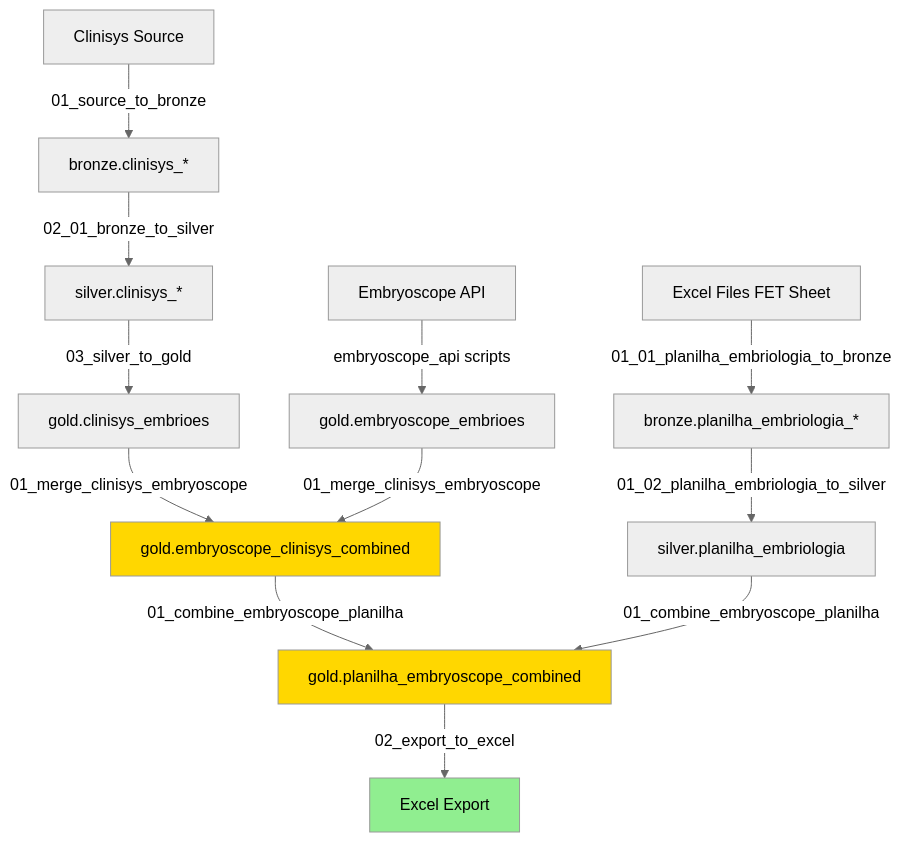
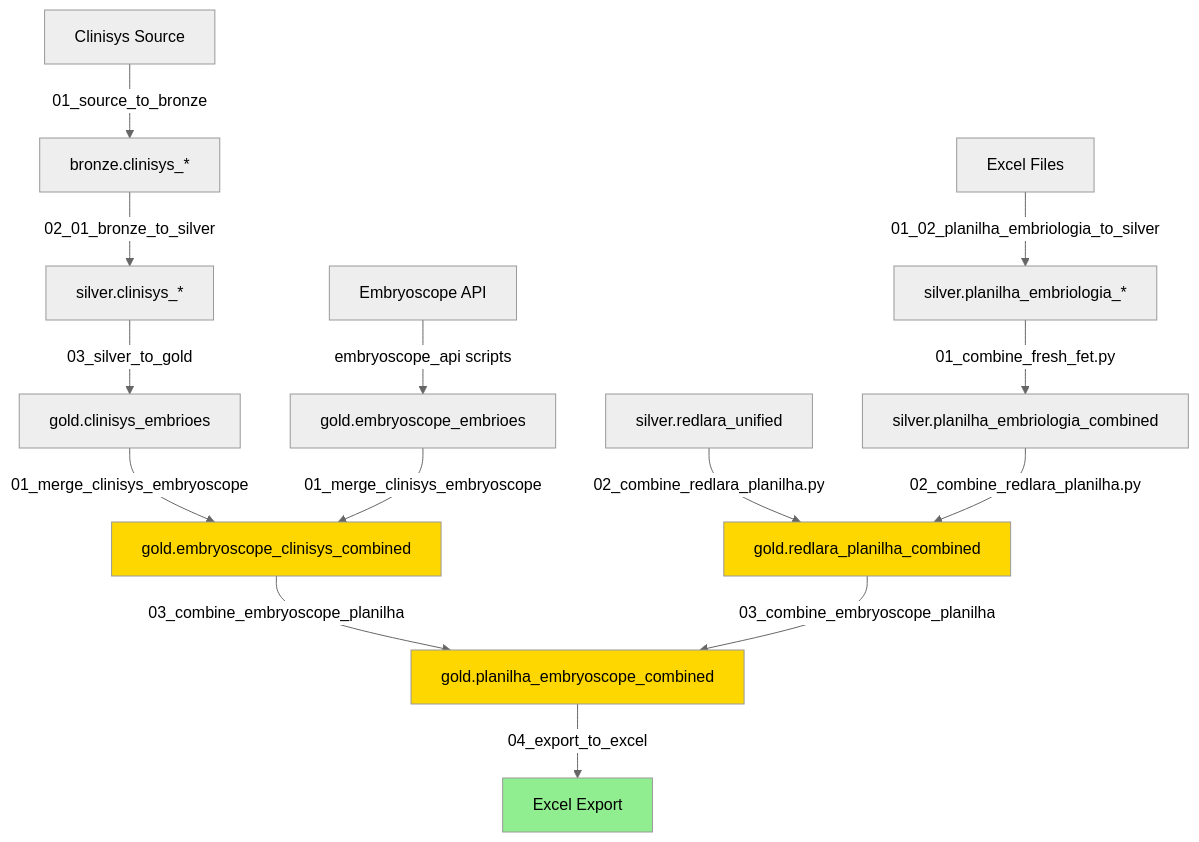
One commit to bobbypestana/embryoscope-extraction changed the diagram in planilha_embriologia/docs/pipeline_dependencies.md. Above: the diagram before and after it, drawn with Mermaid (neutral theme). The commit also changed other lines of this file and 41 other files, not shown here.

````diff
--- a/planilha_embriologia/docs/pipeline_dependencies.md
+++ b/planilha_embriologia/docs/pipeline_dependencies.md
@@ -133,23 +136,27 @@
 ```mermaid
 graph TD
     A[Clinisys Source] -->|01_source_to_bronze| B[bronze.clinisys_*]
     B -->|02_01_bronze_to_silver| C[silver.clinisys_*]
     C -->|03_silver_to_gold| D[gold.clinisys_embrioes]
     
     E[Embryoscope API] -->|embryoscope_api scripts| F[gold.embryoscope_embrioes]
     
     D -->|01_merge_clinisys_embryoscope| G[gold.embryoscope_clinisys_combined]
     F -->|01_merge_clinisys_embryoscope| G
     
-    H[Excel Files FET Sheet] -->|01_01_planilha_embriologia_to_bronze| I[bronze.planilha_embriologia_*]
-    I -->|01_02_planilha_embriologia_to_silver| J[silver.planilha_embriologia]
+    H[Excel Files] -->|01_02_planilha_embriologia_to_silver| J[silver.planilha_embriologia_*]
     
-    G -->|01_combine_embryoscope_planilha| K[gold.planilha_embryoscope_combined]
-    J -->|01_combine_embryoscope_planilha| K
+    J -->|01_combine_fresh_fet.py| P[silver.planilha_embriologia_combined]
+    S[silver.redlara_unified] -->|02_combine_redlara_planilha.py| R[gold.redlara_planilha_combined]
+    P -->|02_combine_redlara_planilha.py| R
     
-    K -->|02_export_to_excel| L[Excel Export]
+    G -->|03_combine_embryoscope_planilha| K[gold.planilha_embryoscope_combined]
+    R -->|03_combine_embryoscope_planilha| K
+    
+    K -->|04_export_to_excel| L[Excel Export]
     
     style L fill:#90EE90
     style K fill:#FFD700
     style G fill:#FFD700
+    style R fill:#FFD700
 ```
````
